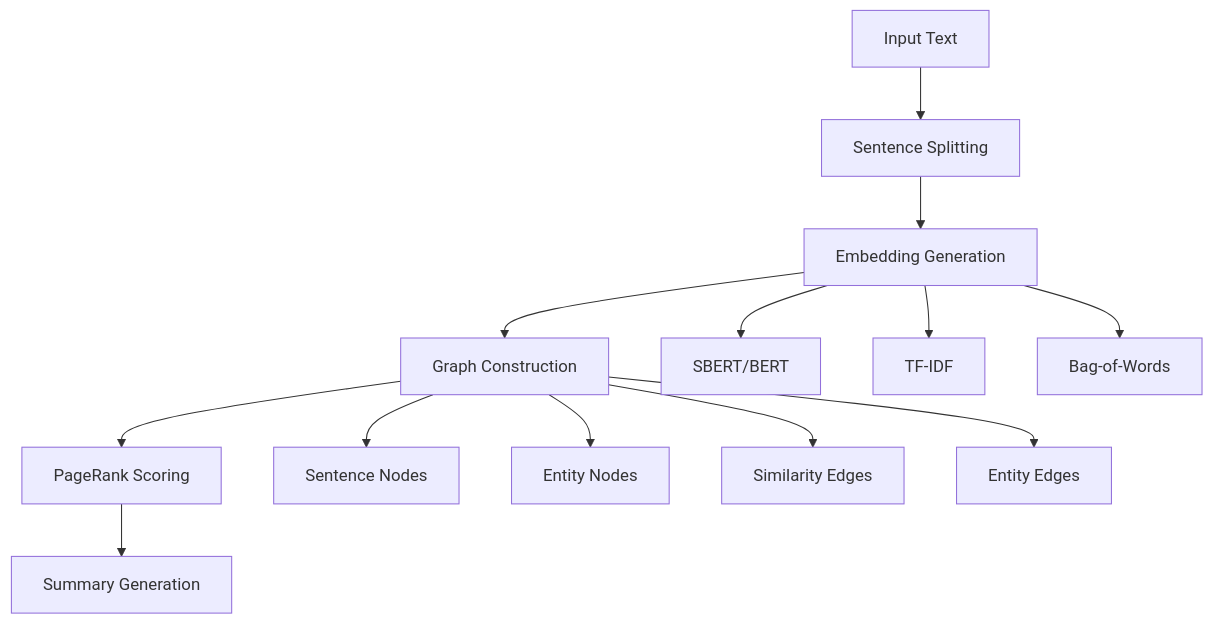
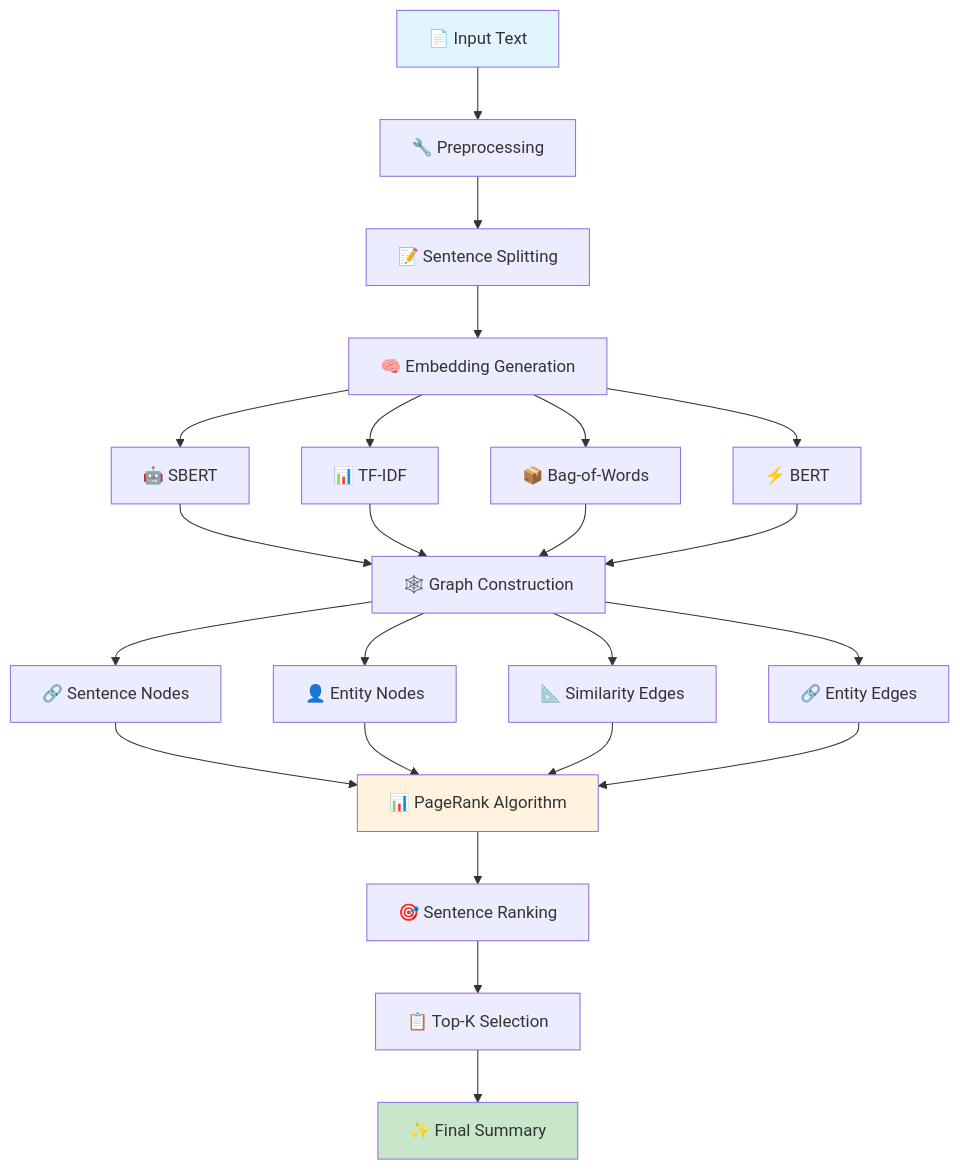
The diagram in README.md (El-Bahnasawi/Graph-based-Text-Summarization), drawn with Mermaid before and after one commit. The commit also changed other lines of this file, not shown here.

````diff
--- a/README.md
+++ b/README.md
@@ -29,17 +30,34 @@
 ```mermaid
 graph TB
-    A[Input Text] --> B[Sentence Splitting]
-    B --> C[Embedding Generation]
-    C --> D[Graph Construction]
-    D --> E[PageRank Scoring]
-    E --> F[Summary Generation]
+    A[📄 Input Text] --> B[🔧 Preprocessing]
+    B --> C[📝 Sentence Splitting]
+    C --> D[🧠 Embedding Generation]
     
-    C --> C1[SBERT/BERT]
-    C --> C2[TF-IDF]
-    C --> C3[Bag-of-Words]
+    D --> E1[🤖 SBERT]
+    D --> E2[📊 TF-IDF] 
+    D --> E3[📦 Bag-of-Words]
+    D --> E4[⚡ BERT]
     
-    D --> D1[Sentence Nodes]
-    D --> D2[Entity Nodes]
-    D --> D3[Similarity Edges]
-    D --> D4[Entity Edges]
+    E1 --> F[🕸️ Graph Construction]
+    E2 --> F
+    E3 --> F
+    E4 --> F
+    
+    F --> G1[🔗 Sentence Nodes]
+    F --> G2[👤 Entity Nodes]
+    F --> G3[📐 Similarity Edges]
+    F --> G4[🔗 Entity Edges]
+    
+    G1 --> H[📊 PageRank Algorithm]
+    G2 --> H
+    G3 --> H
+    G4 --> H
+    
+    H --> I[🎯 Sentence Ranking]
+    I --> J[📋 Top-K Selection]
+    J --> K[✨ Final Summary]
+    
+    style A fill:#e1f5fe
+    style K fill:#c8e6c9
+    style H fill:#fff3e0
 ```
````
